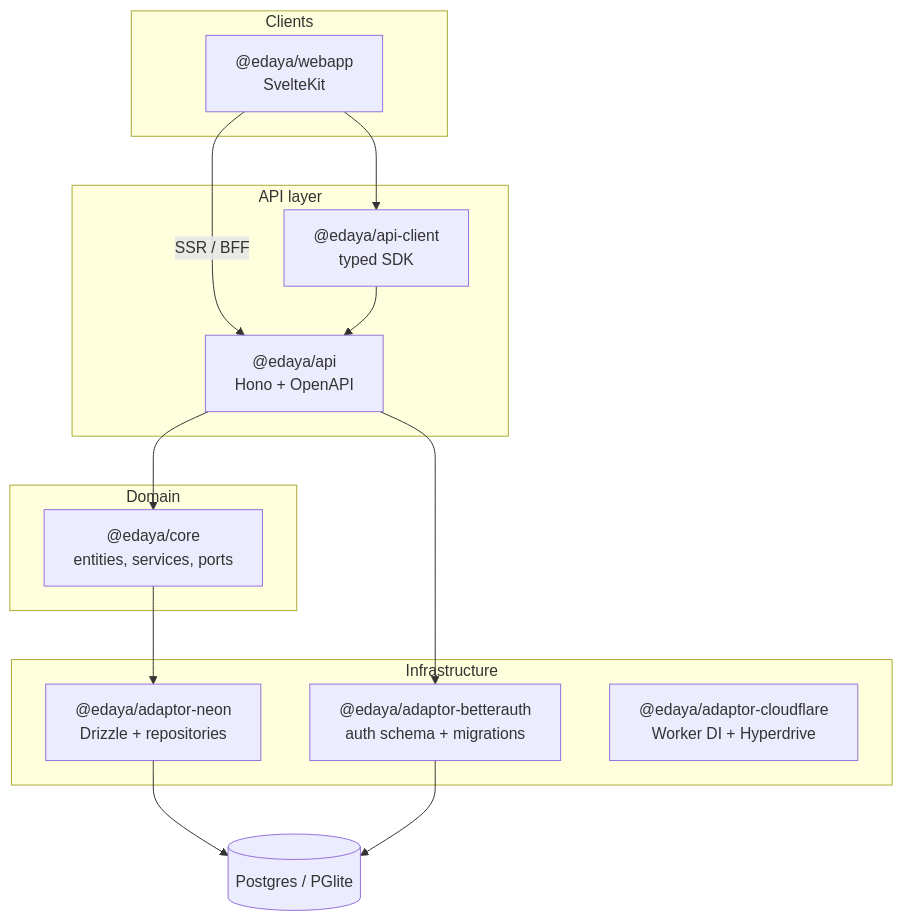
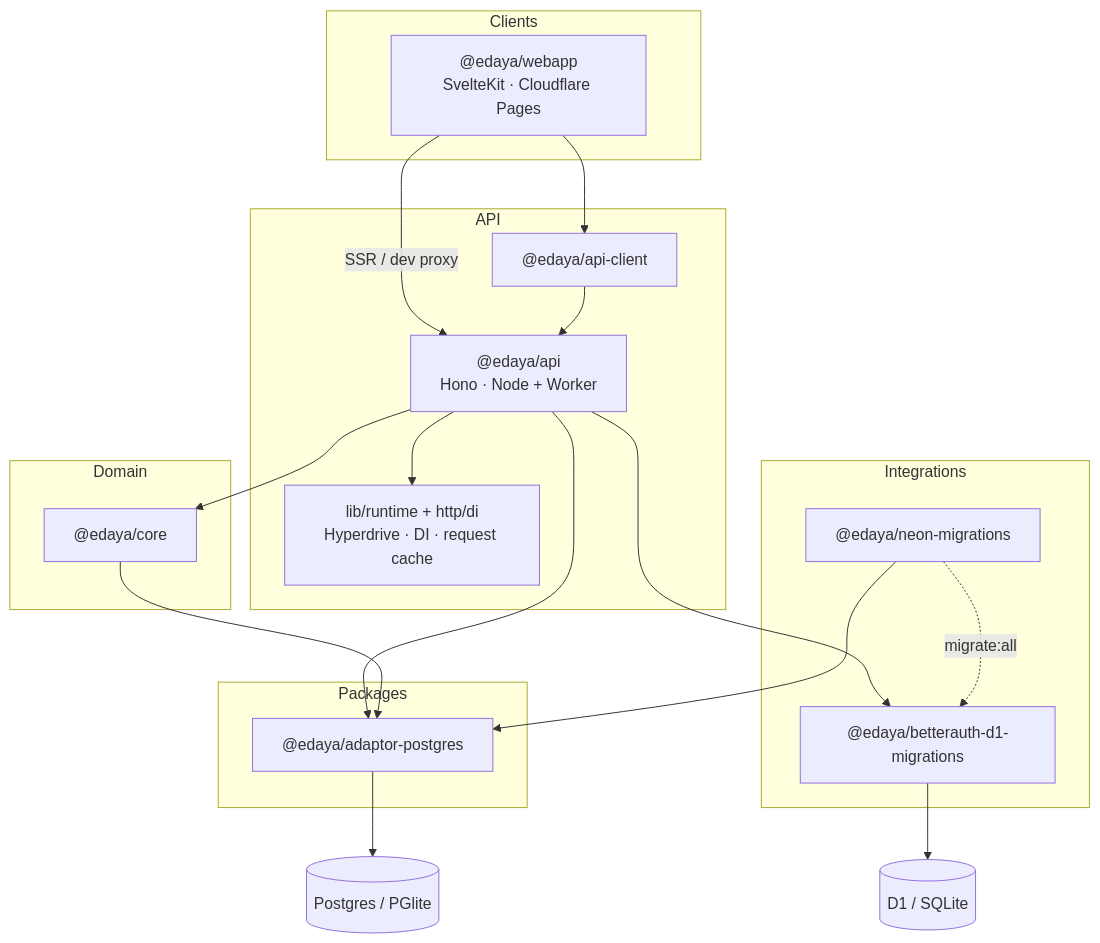
One commit to Maya-Invest/edaya_backend changed the diagram in README.md. Above: the diagram before and after it, drawn with Mermaid. The commit also changed other lines of this file and 94 other files, not shown here.

````diff
--- a/README.md
+++ b/README.md
@@ -11,30 +32,38 @@
 ```mermaid
 flowchart TB
   subgraph clients["Clients"]
-    Webapp["@edaya/webapp<br/>SvelteKit"]
+    Webapp["@edaya/webapp<br/>SvelteKit · Cloudflare Pages"]
   end
 
-  subgraph api_layer["API layer"]
-    API["@edaya/api<br/>Hono + OpenAPI"]
-    Client["@edaya/api-client<br/>typed SDK"]
+  subgraph api_layer["API"]
+    API["@edaya/api<br/>Hono · Node + Worker"]
+    Client["@edaya/api-client"]
+    WorkerHost["lib/runtime + http/di<br/>Hyperdrive · DI · request cache"]
   end
 
   subgraph domain["Domain"]
-    Core["@edaya/core<br/>entities, services, ports"]
+    Core["@edaya/core"]
   end
 
-  subgraph infra["Infrastructure"]
-  PG["@edaya/adaptor-neon<br/>Drizzle + repositories"]
-  Auth["@edaya/adaptor-betterauth<br/>auth schema + migrations"]
-  CF["@edaya/adaptor-cloudflare<br/>Worker DI + Hyperdrive"]
+  subgraph packages["Packages"]
+    PG["@edaya/adaptor-postgres"]
+  end
+
+  subgraph integrations["Integrations"]
+    Auth["@edaya/betterauth-d1-migrations"]
+    NeonM["@edaya/neon-migrations"]
   end
 
   Webapp --> Client
-  Webapp -->|SSR / BFF| API
+  Webapp -->|SSR / dev proxy| API
   Client --> API
+  API --> WorkerHost
   API --> Core
+  API --> PG
   API --> Auth
   Core --> PG
-  PG --> DB[(Postgres / PGlite)]
-  Auth --> DB
+  NeonM --> PG
+  NeonM -.->|migrate:all| Auth
+  PG --> SchoolDB[(Postgres / PGlite)]
+  Auth --> AuthDB[(D1 / SQLite)]
 ```
````
